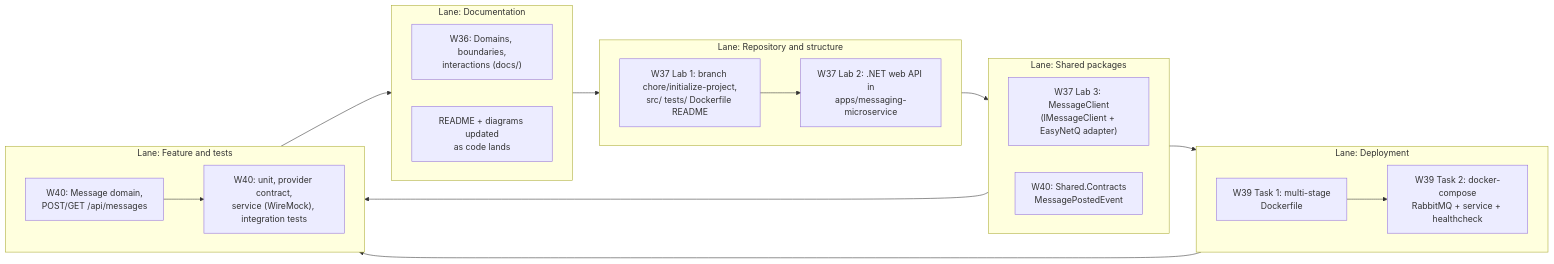
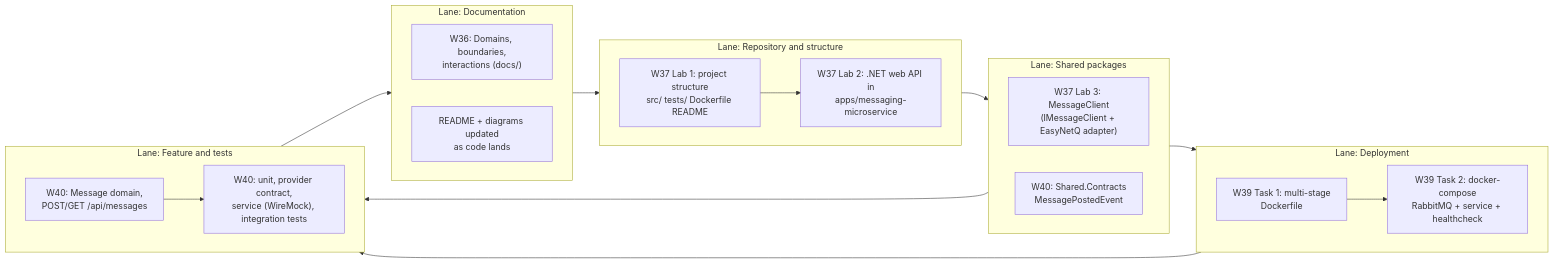
The diagram in docs/06-work-plan.md (FartFace500/Bizcord), drawn with Mermaid before and after one commit. The commit also changed other lines of this file and 3 other files, not shown here.

````diff
--- a/docs/06-work-plan.md
+++ b/docs/06-work-plan.md
@@ -9,42 +9,42 @@
 ```mermaid
 flowchart LR
     subgraph L1["Lane: Documentation"]
         direction LR
         D1["W36: Domains, boundaries,<br/>interactions (docs/)"]
         D2["README + diagrams updated<br/>as code lands"]
     end
 
     subgraph L2["Lane: Repository and structure"]
         direction LR
-        R1["W37 Lab 1: branch chore/initialize-project,<br/>src/ tests/ Dockerfile README"]
+        R1["W37 Lab 1: project structure<br/>src/ tests/ Dockerfile README"]
         R2["W37 Lab 2: .NET web API in<br/>apps/messaging-microservice"]
     end
 
     subgraph L3["Lane: Shared packages"]
         direction LR
         P1["W37 Lab 3: MessageClient<br/>(IMessageClient + EasyNetQ adapter)"]
         P2["W40: Shared.Contracts<br/>MessagePostedEvent"]
     end
 
     subgraph L4["Lane: Deployment"]
         direction LR
         X1["W39 Task 1: multi-stage<br/>Dockerfile"]
         X2["W39 Task 2: docker-compose<br/>RabbitMQ + service + healthcheck"]
     end
 
     subgraph L5["Lane: Feature and tests"]
         direction LR
         F1["W40: Message domain,<br/>POST/GET /api/messages"]
         F2["W40: unit, provider contract,<br/>service (WireMock), integration tests"]
     end
 
     D1 --> R1
     R1 --> R2
     R2 --> P1
     P1 --> X1
     X1 --> X2
     P2 --> F1
     X2 --> F1
     F1 --> F2
     F2 --> D2
 ```
````
